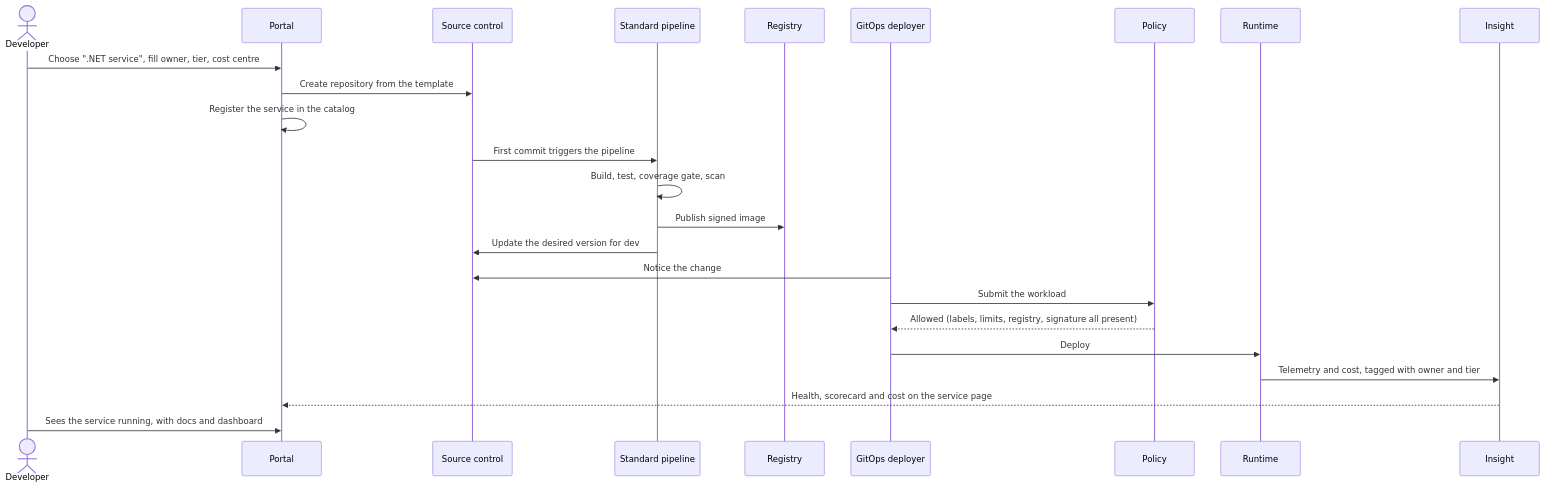
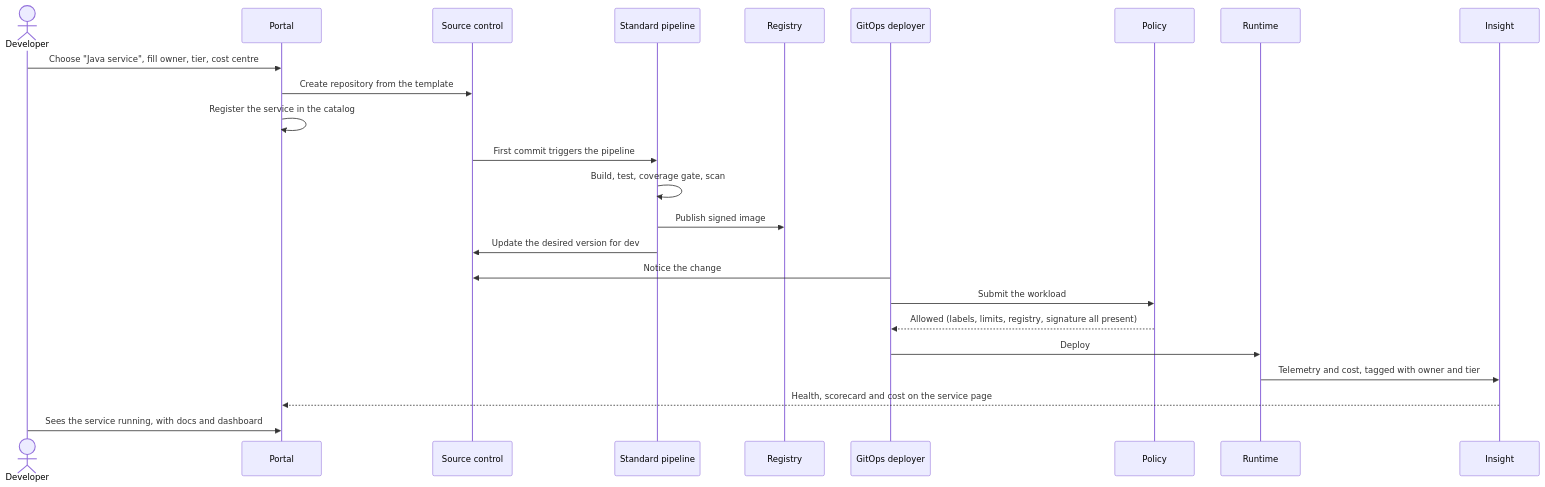
The diagram in technical/01-idp-anatomy.md (martinnv6/idp-practice-as-leadership), drawn with Mermaid before and after one commit. The commit also changed other lines of this file and 104 other files, not shown here.

````diff
--- a/technical/01-idp-anatomy.md
+++ b/technical/01-idp-anatomy.md
@@ -82,27 +82,27 @@
 ```mermaid
 sequenceDiagram
   actor Dev as Developer
   participant Portal
   participant Git as Source control
   participant CI as Standard pipeline
   participant Reg as Registry
   participant CD as GitOps deployer
   participant Pol as Policy
   participant Run as Runtime
   participant Ins as Insight
 
-  Dev->>Portal: Choose ".NET service", fill owner, tier, cost centre
+  Dev->>Portal: Choose "Java service", fill owner, tier, cost centre
   Portal->>Git: Create repository from the template
   Portal->>Portal: Register the service in the catalog
   Git->>CI: First commit triggers the pipeline
   CI->>CI: Build, test, coverage gate, scan
   CI->>Reg: Publish signed image
   CI->>Git: Update the desired version for dev
   CD->>Git: Notice the change
   CD->>Pol: Submit the workload
   Pol-->>CD: Allowed (labels, limits, registry, signature all present)
   CD->>Run: Deploy
   Run->>Ins: Telemetry and cost, tagged with owner and tier
   Ins-->>Portal: Health, scorecard and cost on the service page
   Dev->>Portal: Sees the service running, with docs and dashboard
 ```
````
